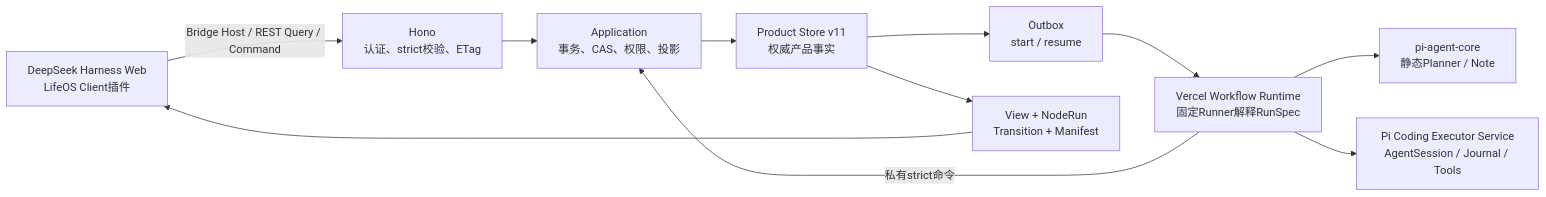
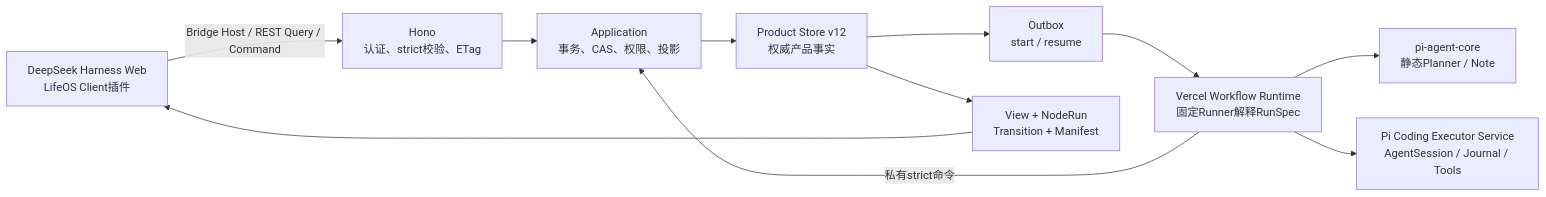
One commit to later-3/Chat changed the diagram in docs/architecture/configurable-workflow-as-built.md. Above: the diagram before and after it, drawn with Mermaid. The commit also changed other lines of this file and 114 other files, not shown here.

````diff
--- a/docs/architecture/configurable-workflow-as-built.md
+++ b/docs/architecture/configurable-workflow-as-built.md
@@ -29,13 +29,13 @@
 ```mermaid
 flowchart LR
   UI["DeepSeek Harness Web\nLifeOS Client插件"] -->|"Bridge Host / REST Query / Command"| API["Hono\n认证、strict校验、ETag"]
   API --> APP["Application\n事务、CAS、权限、投影"]
-  APP --> STORE["Product Store v11\n权威产品事实"]
+  APP --> STORE["Product Store v12\n权威产品事实"]
   STORE --> OUTBOX["Outbox\nstart / resume"]
   OUTBOX --> RUNTIME["Vercel Workflow Runtime\n固定Runner解释RunSpec"]
   RUNTIME -->|"私有strict命令"| APP
   RUNTIME --> PI["pi-agent-core\n静态Planner / Note"]
   RUNTIME --> EXECUTOR["Pi Coding Executor Service\nAgentSession / Journal / Tools"]
   STORE --> VIEW["View + NodeRun\nTransition + Manifest"]
   VIEW --> UI
 ```
````
